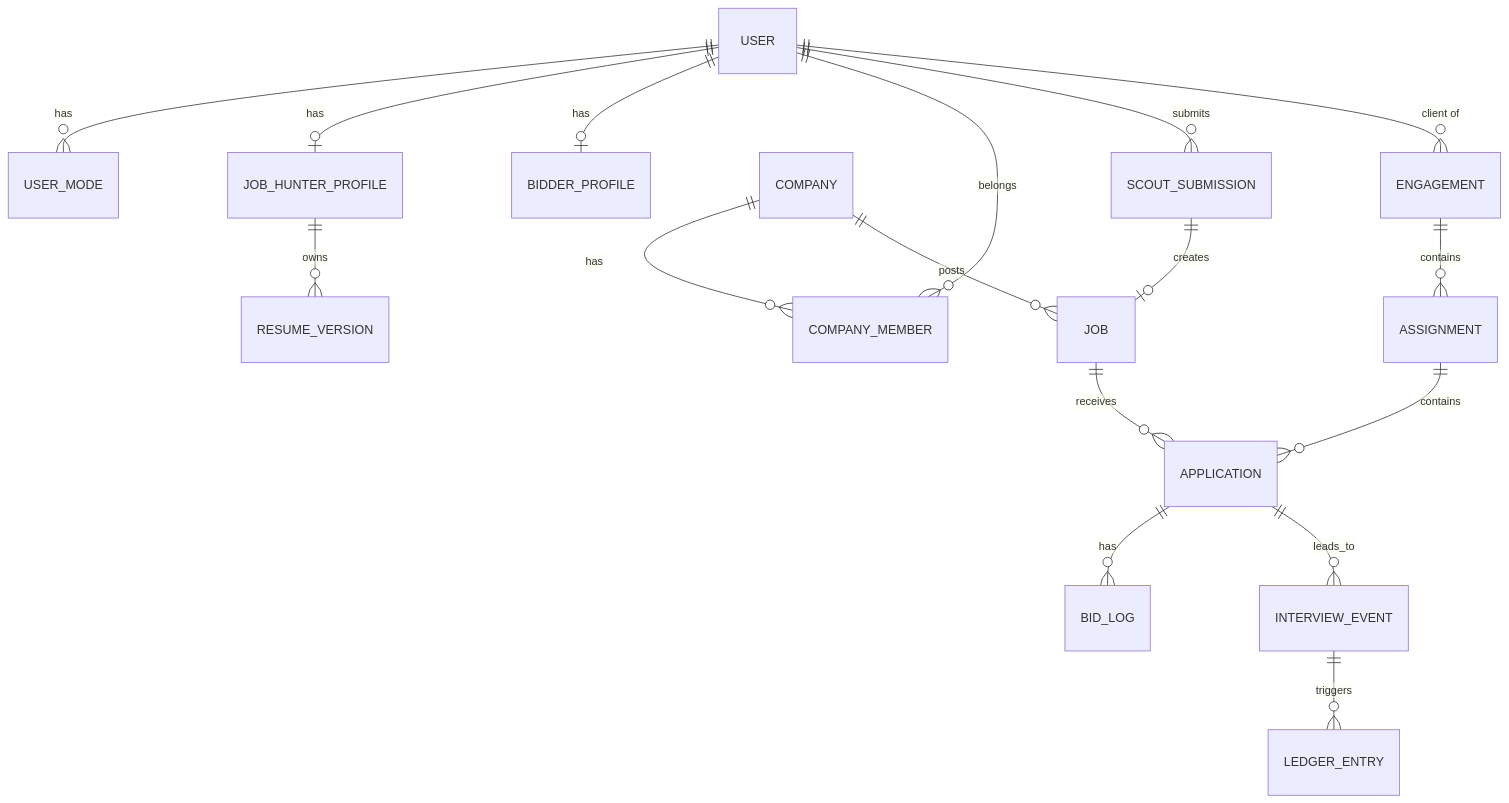
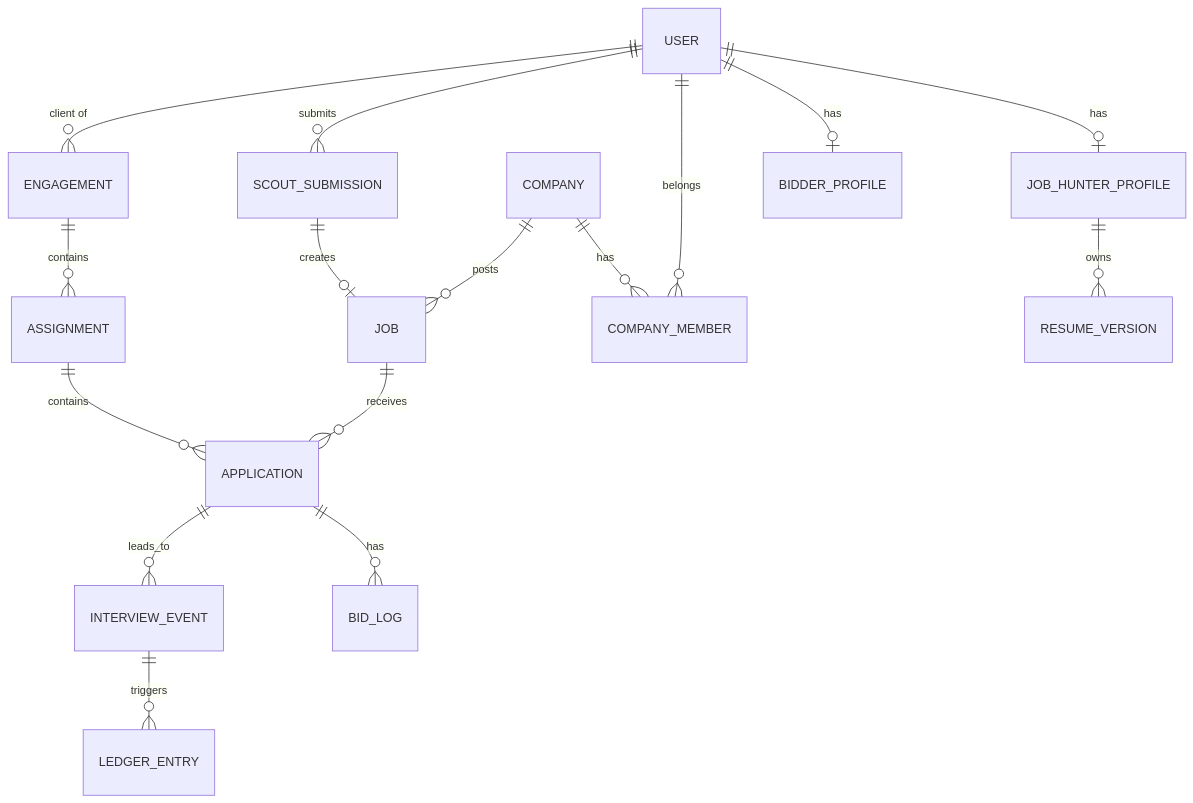
Before and after one commit to sid0709/Joined: the first of 3 diagrams in docs/03-data-model.md, drawn with Mermaid. The commit also changed other lines of this file and 87 other files, not shown here.

````diff
--- a/docs/03-data-model.md
+++ b/docs/03-data-model.md
@@ -5,19 +5,18 @@
 ```mermaid
 erDiagram
-  USER ||--o{ USER_MODE : has
   USER ||--o| JOB_HUNTER_PROFILE : has
   USER ||--o| BIDDER_PROFILE : has
   USER ||--o{ COMPANY_MEMBER : belongs
   COMPANY ||--o{ COMPANY_MEMBER : has
   COMPANY ||--o{ JOB : posts
   USER ||--o{ SCOUT_SUBMISSION : submits
   SCOUT_SUBMISSION ||--o| JOB : creates
   JOB_HUNTER_PROFILE ||--o{ RESUME_VERSION : owns
   USER ||--o{ ENGAGEMENT : "client of"
   ENGAGEMENT ||--o{ ASSIGNMENT : contains
   ASSIGNMENT ||--o{ APPLICATION : contains
   JOB ||--o{ APPLICATION : receives
   APPLICATION ||--o{ BID_LOG : has
   APPLICATION ||--o{ INTERVIEW_EVENT : leads_to
   INTERVIEW_EVENT ||--o{ LEDGER_ENTRY : triggers
 ```
````
